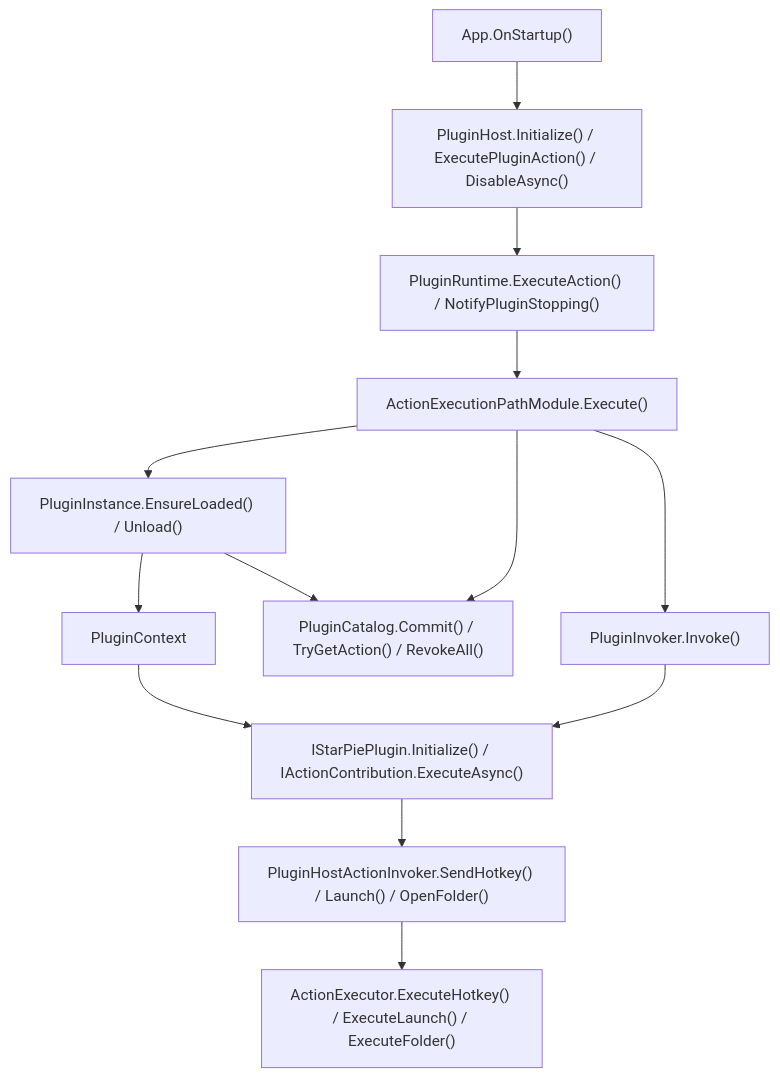
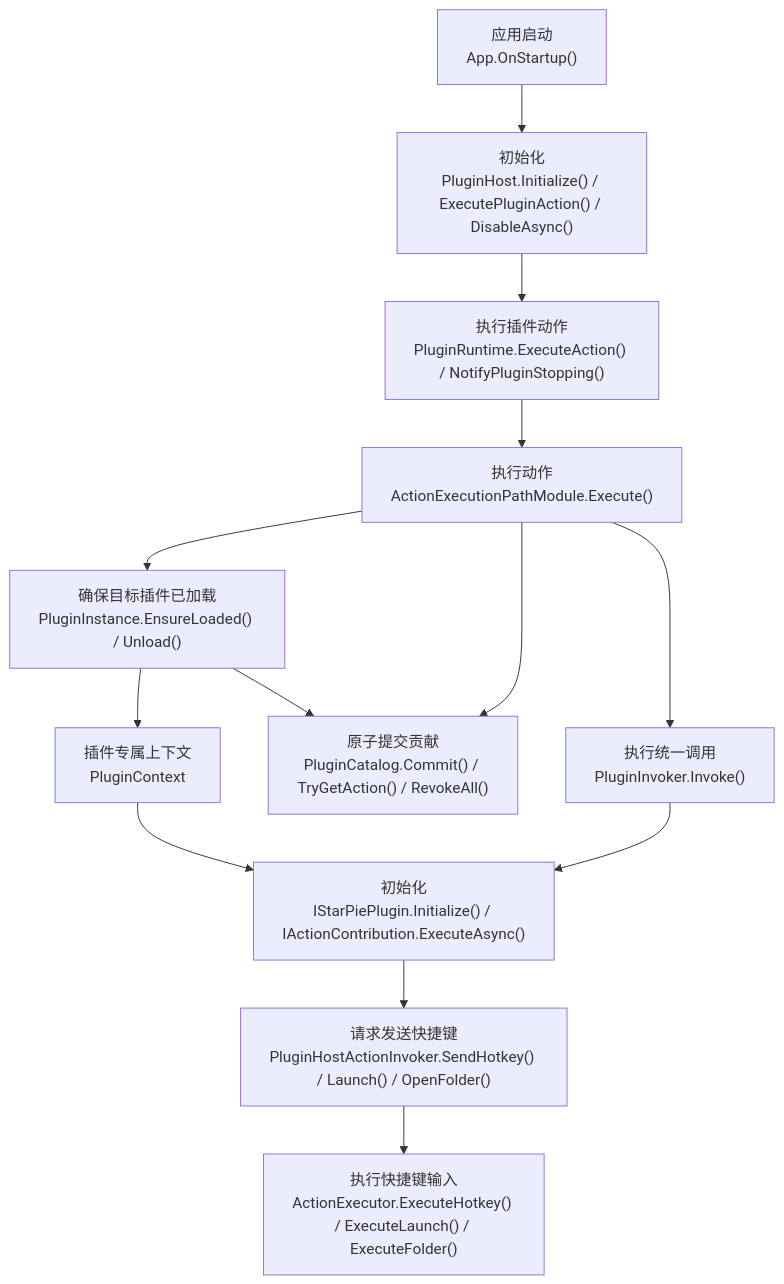
One commit to Masskii/StarPie changed diagram 19 of 19 in plugin/docs/plugin-system-architecture-map.md. Above: the diagram before and after it, drawn with Mermaid. The commit also changed other lines of this file and 6 other files, not shown here.

````diff
--- a/plugin/docs/plugin-system-architecture-map.md
+++ b/plugin/docs/plugin-system-architecture-map.md
@@ -978,27 +1214,27 @@
 ```mermaid
 flowchart TB
-    APP["App.OnStartup()"]
-    HOST["PluginHost.Initialize() / ExecutePluginAction() / DisableAsync()"]
-    RUNTIME["PluginRuntime.ExecuteAction() / NotifyPluginStopping()"]
-    PATH["ActionExecutionPathModule.Execute()"]
-    INSTANCE["PluginInstance.EnsureLoaded() / Unload()"]
-    CATALOG["PluginCatalog.Commit() / TryGetAction() / RevokeAll()"]
-    CONTEXT["PluginContext"]
-    SDK["IStarPiePlugin.Initialize() / IActionContribution.ExecuteAsync()"]
-    INVOKER["PluginInvoker.Invoke()"]
-    SERVICE["PluginHostActionInvoker.SendHotkey() / Launch() / OpenFolder()"]
-    CORE["ActionExecutor.ExecuteHotkey() / ExecuteLaunch() / ExecuteFolder()"]
+    APP["应用启动<br/>App.OnStartup()"]
+    HOST["初始化<br/>PluginHost.Initialize() / ExecutePluginAction() / DisableAsync()"]
+    RUNTIME["执行插件动作<br/>PluginRuntime.ExecuteAction() / NotifyPluginStopping()"]
+    PATH["执行动作<br/>ActionExecutionPathModule.Execute()"]
+    INSTANCE["确保目标插件已加载<br/>PluginInstance.EnsureLoaded() / Unload()"]
+    CATALOG["原子提交贡献<br/>PluginCatalog.Commit() / TryGetAction() / RevokeAll()"]
+    CONTEXT["插件专属上下文<br/>PluginContext"]
+    SDK["初始化<br/>IStarPiePlugin.Initialize() / IActionContribution.ExecuteAsync()"]
+    INVOKER["执行统一调用<br/>PluginInvoker.Invoke()"]
+    SERVICE["请求发送快捷键<br/>PluginHostActionInvoker.SendHotkey() / Launch() / OpenFolder()"]
+    CORE["执行快捷键输入<br/>ActionExecutor.ExecuteHotkey() / ExecuteLaunch() / ExecuteFolder()"]
 
     APP --> HOST
     HOST --> RUNTIME
     RUNTIME --> PATH
     PATH --> INSTANCE
     INSTANCE --> CONTEXT
     CONTEXT --> SDK
     INSTANCE --> CATALOG
     PATH --> CATALOG
     PATH --> INVOKER
     INVOKER --> SDK
     SDK --> SERVICE
     SERVICE --> CORE
 ```
````
